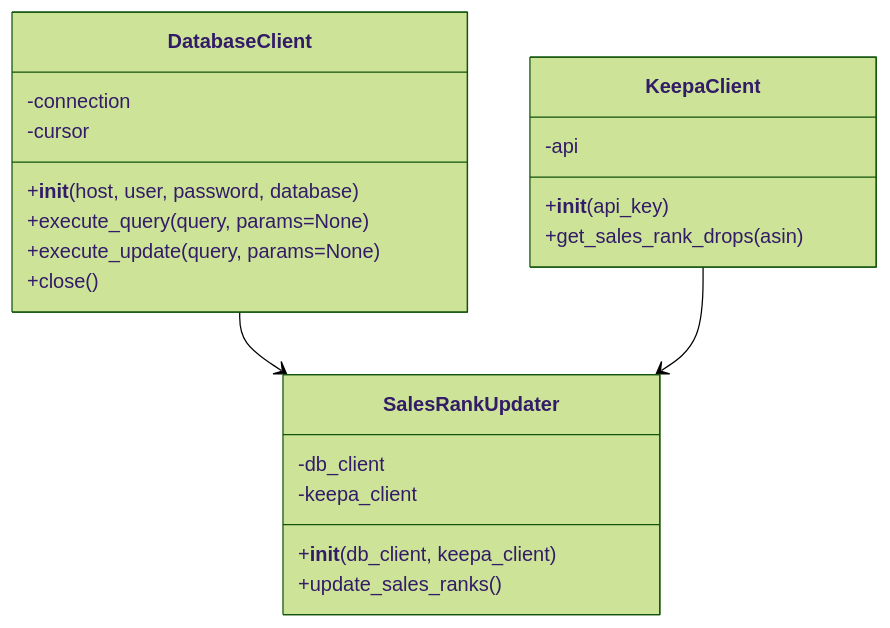
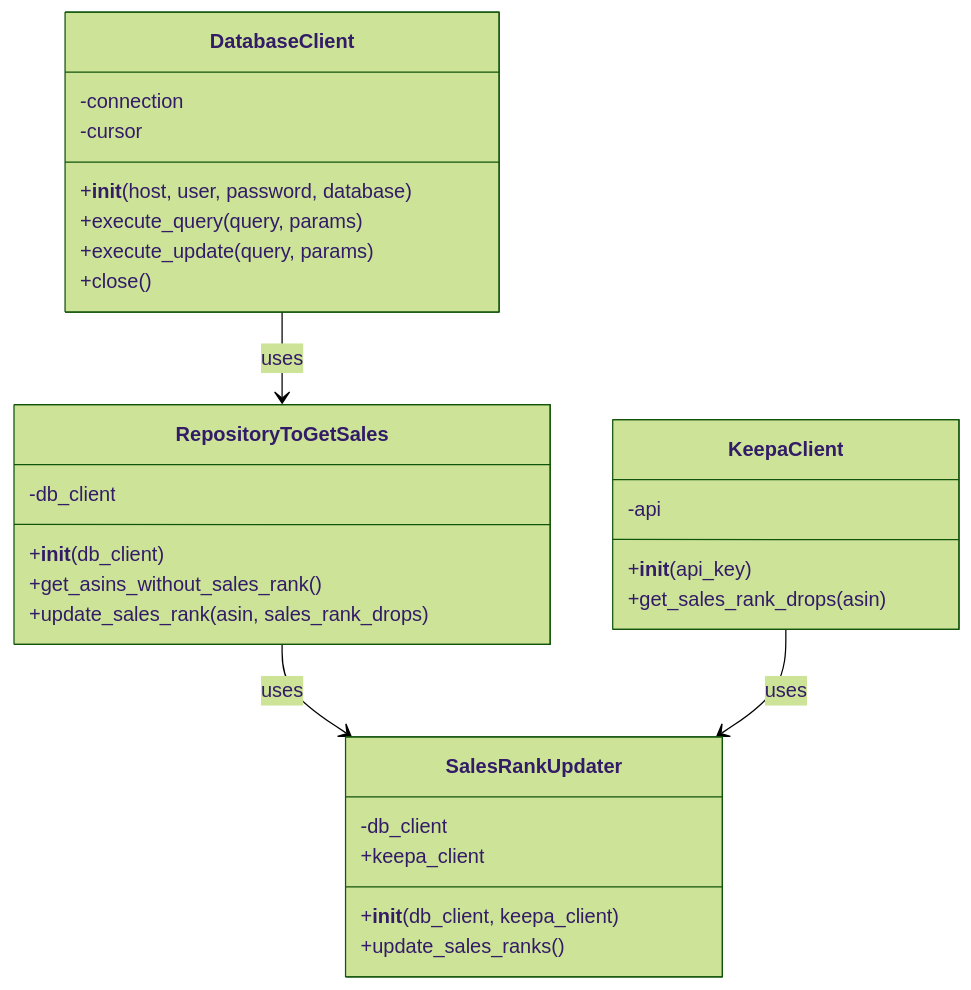
One commit to Hanato238/ASIN_search_dev changed the diagram in CLS/research_CLS_keepa.md. Above: the diagram before and after it, drawn with Mermaid (forest theme). The commit also changed 20 other files, not shown here.

````diff
--- a/CLS/research_CLS_keepa.md
+++ b/CLS/research_CLS_keepa.md
@@ -1,29 +1,36 @@
 ```mermaid
-
 classDiagram
     class DatabaseClient {
         -connection
         -cursor
         +__init__(host, user, password, database)
-        +execute_query(query, params=None)
-        +execute_update(query, params=None)
+        +execute_query(query, params)
+        +execute_update(query, params)
         +close()
+    }
+
+    class RepositoryToGetSales {
+        -db_client
+        +__init__(db_client)
+        +get_asins_without_sales_rank()
+        +update_sales_rank(asin, sales_rank_drops)
     }
 
     class KeepaClient {
         -api
         +__init__(api_key)
         +get_sales_rank_drops(asin)
     }
 
     class SalesRankUpdater {
         -db_client
-        -keepa_client
+        +keepa_client
         +__init__(db_client, keepa_client)
         +update_sales_ranks()
     }
 
-    DatabaseClient --> SalesRankUpdater
-    KeepaClient --> SalesRankUpdater
+    DatabaseClient --> RepositoryToGetSales : uses
+    RepositoryToGetSales --> SalesRankUpdater : uses
+    KeepaClient --> SalesRankUpdater : uses
 
 ```
````
